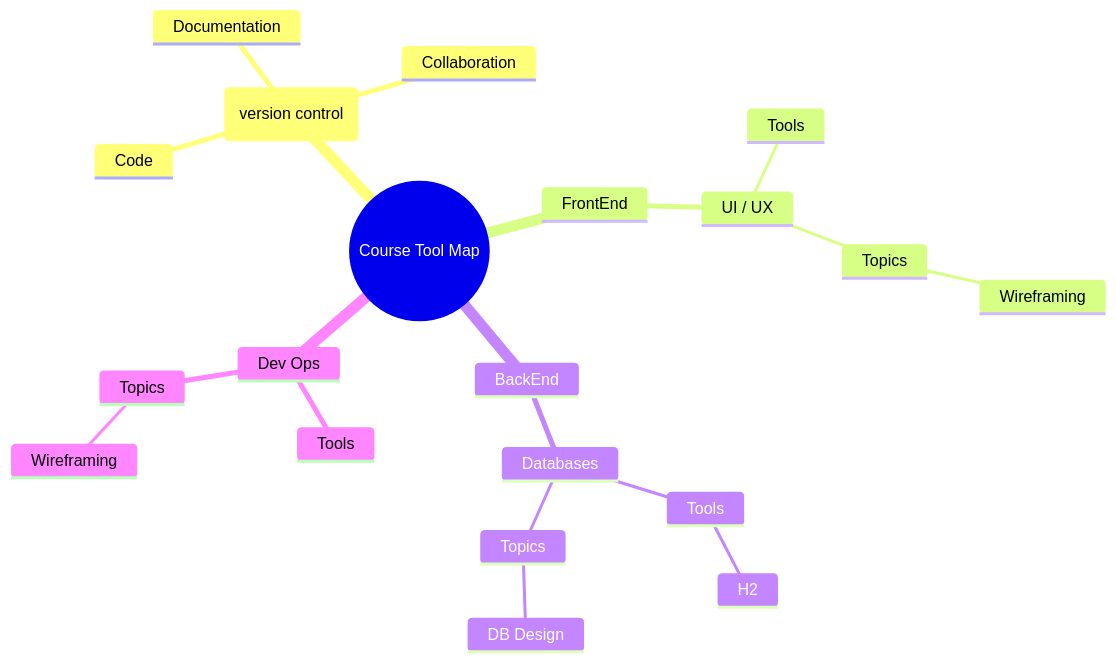
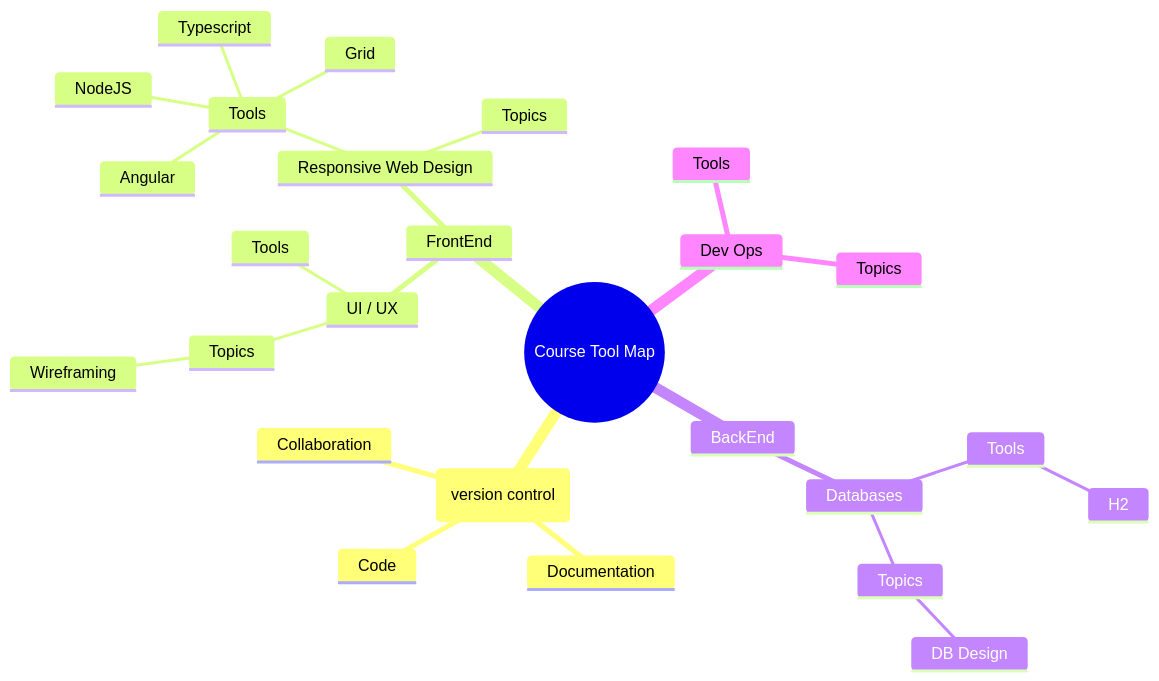
The diagram in toolmap.md (pattonsgirl/CS3900-AppSoftwareDev), drawn with Mermaid before and after one commit.

Commit message:
Updating Responsive tools

````diff
--- a/toolmap.md
+++ b/toolmap.md
@@ -1,23 +1,29 @@
 ```mermaid
 mindmap
   root((Course Tool Map))
-    GitHub <br/> (version control)
+    GitHub (version control)
       Documentation
       Collaboration
       Code
     FrontEnd
       UI / UX
         Tools
         Topics
           Wireframing
+      Responsive Web Design
+        Tools
+          Angular
+          Grid
+          Typescript
+          NodeJS
+        Topics
     BackEnd
       Databases
         Tools
           H2
         Topics
           DB Design
     Dev Ops
         Tools
         Topics
-          Wireframing
 ```
````
